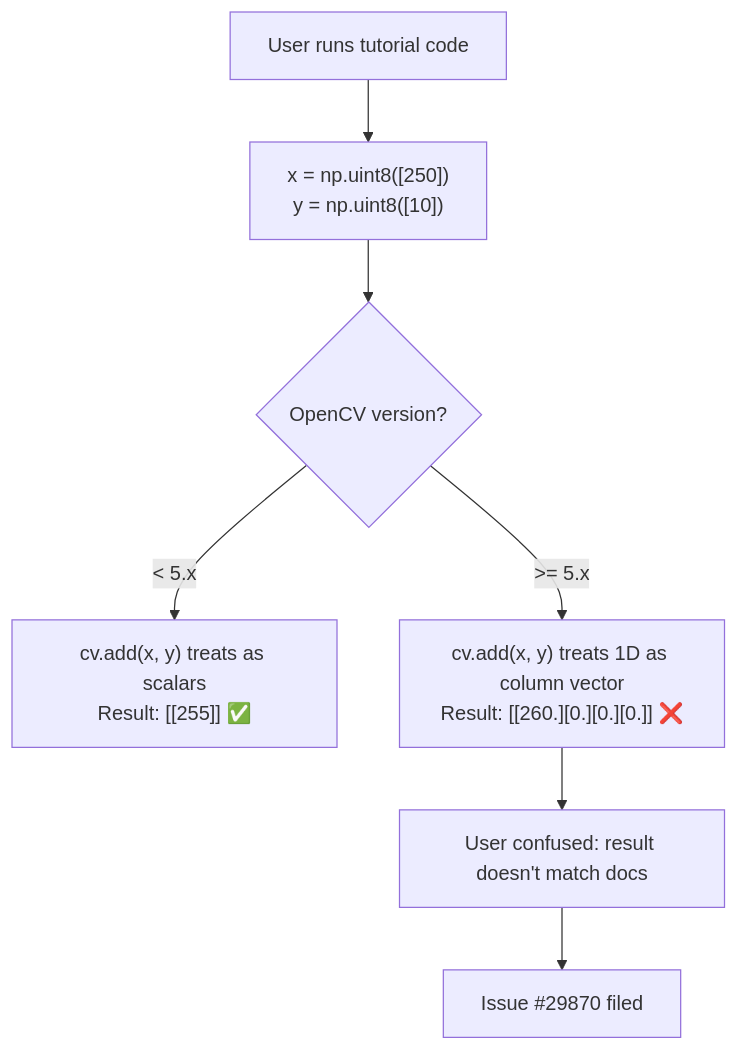
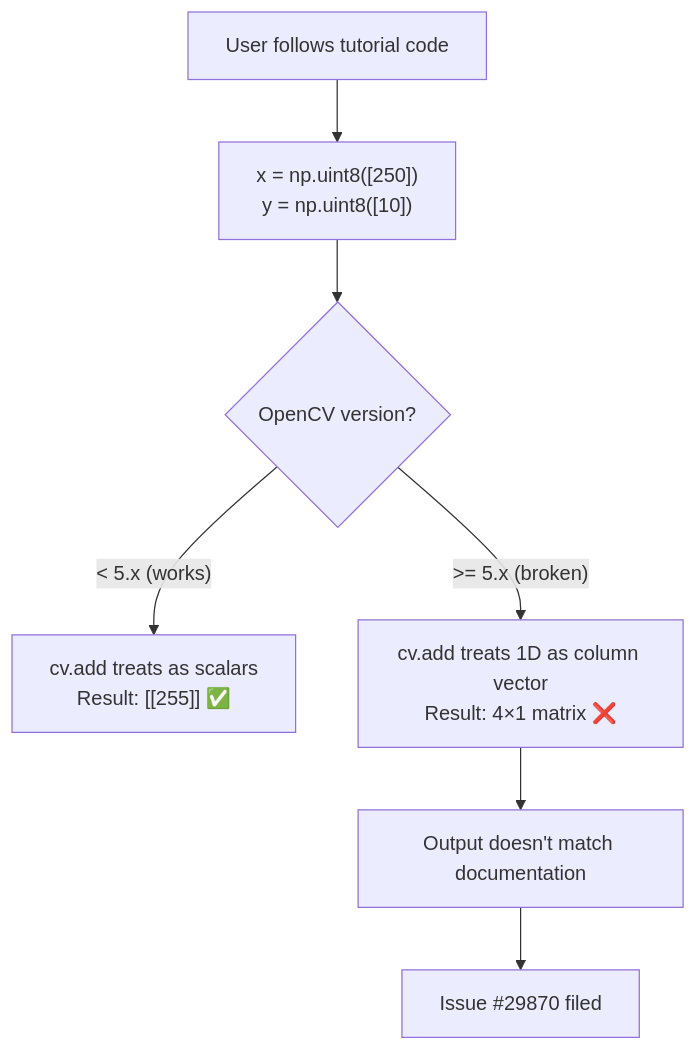
One commit to varun-projects/opencv changed the first of 11 diagrams in FIXES_DOCUMENTATION.md. Above: the diagram before and after it, drawn with Mermaid. The commit also changed other lines of this file, not shown here.

First line of the commit message:
docs: complete documentation with all 5 PRs, flowcharts and PR descriptions

````diff
--- a/FIXES_DOCUMENTATION.md
+++ b/FIXES_DOCUMENTATION.md
@@ -48,9 +51,9 @@
 ```mermaid
 flowchart TD
-    A[User runs tutorial code] --> B["x = np.uint8([250])\ny = np.uint8([10])"]
+    A[User follows tutorial code] --> B["x = np.uint8([250])\ny = np.uint8([10])"]
     B --> C{OpenCV version?}
-    C -->|"< 5.x"| D["cv.add(x, y) treats as scalars\nResult: [[255]] ✅"]
-    C -->|">= 5.x"| E["cv.add(x, y) treats 1D as column vector\nResult: [[260.][0.][0.][0.]] ❌"]
-    E --> F[User confused: result doesn't match docs]
+    C -->|"< 5.x (works)"| D["cv.add treats as scalars\nResult: [[255]] ✅"]
+    C -->|">= 5.x (broken)"| E["cv.add treats 1D as column vector\nResult: 4×1 matrix ❌"]
+    E --> F[Output doesn't match documentation]
     F --> G[Issue #29870 filed]
 ```
````
